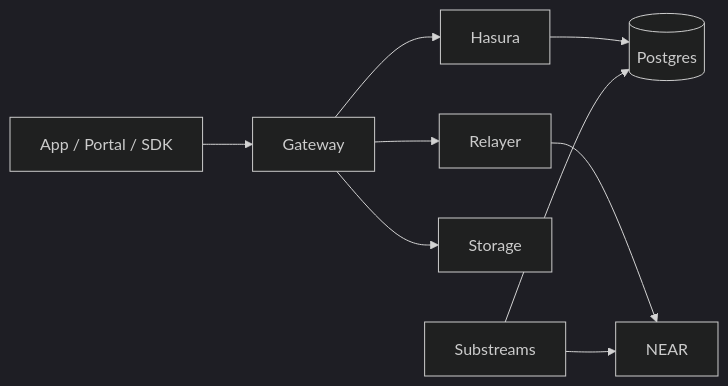
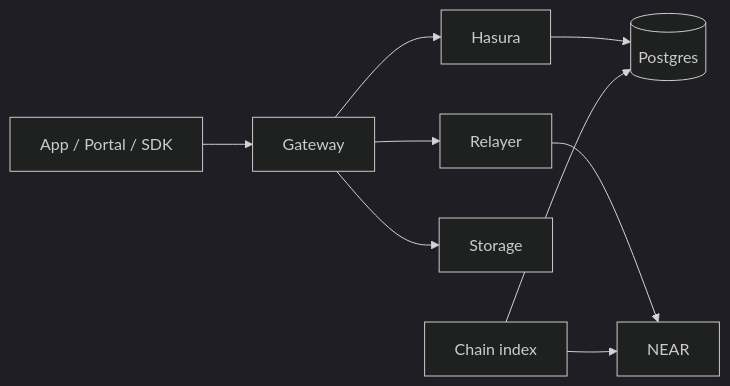
Before and after one commit to OnSocial-Labs/onsocial-protocol: the diagram in README.md, drawn with Mermaid (dark theme). The commit also changed other lines of this file and 194 other files, not shown here.

First line of the commit message:
Rename the chain index off the Substreams service.

````diff
--- a/README.md
+++ b/README.md
@@ -31,11 +31,11 @@
 ```mermaid
 flowchart LR
   Clients[App / Portal / SDK] --> GW[Gateway]
   GW --> Hasura[Hasura]
   GW --> Relayer[Relayer]
   GW --> Storage[Storage]
   Hasura --> PG[(Postgres)]
-  Substreams[Substreams] --> PG
+  Indexer[Chain index] --> PG
   Relayer --> NEAR[NEAR]
-  Substreams --> NEAR
+  Indexer --> NEAR
 ```
````
